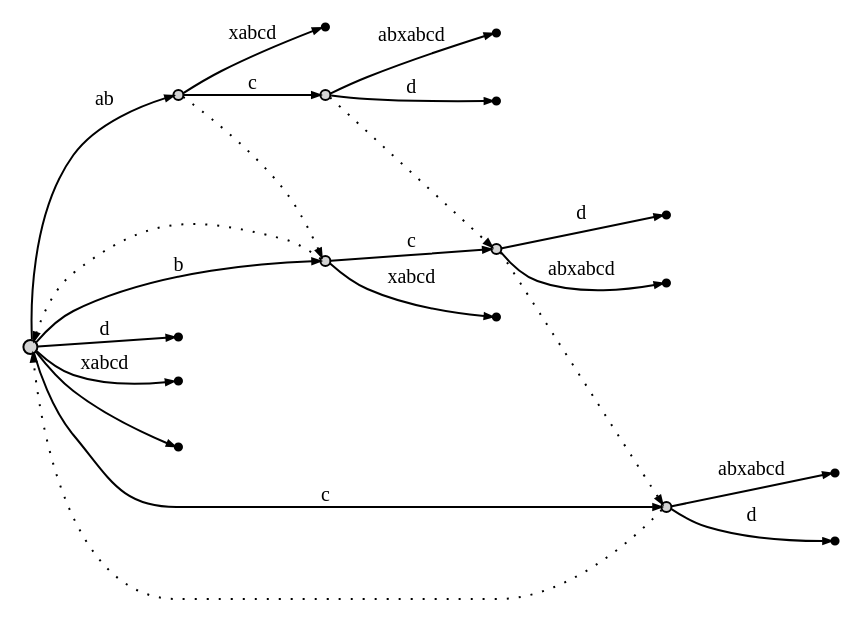
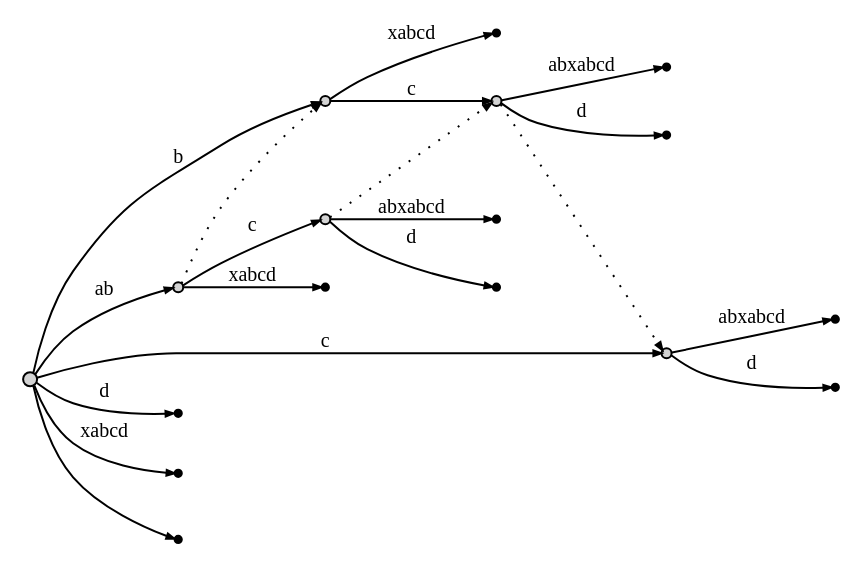
One commit to irachex/suffix_tree changed the diagram in graph.gv. Above: the diagram before and after it, drawn with Graphviz. The commit also changed 1 other file, not shown here.

Commit message:
fix graphviz format

```diff
--- a/graph.gv
+++ b/graph.gv
@@ -1,44 +1,42 @@
 digraph {
 	rankdir = LR;
-edge [arrowsize=0.4, fontsize=10]
-node1 [label="",style=filled,fillcolor=lightgrey,shape=circle,width=.1,height=.1];
-//----- nodes -----
+	edge [arrowsize=0.4, fontsize=10]
+	//----- nodes -----
+	node1 [label="",style=filled,fillcolor=lightgrey,shape=circle,width=.1,height=.1];
 	node2 [label="",style=filled,fillcolor=lightgrey,shape=circle,width=.07,height=.07]
 	node6 [label="",shape=point]
 	node5 [label="",style=filled,fillcolor=lightgrey,shape=circle,width=.07,height=.07]
 	node10 [label="",shape=point]
 	node11 [label="",shape=point]
 	node4 [label="",style=filled,fillcolor=lightgrey,shape=circle,width=.07,height=.07]
 	node14 [label="",shape=point]
 	node15 [label="",shape=point]
 	node3 [label="",style=filled,fillcolor=lightgrey,shape=circle,width=.07,height=.07]
 	node8 [label="",shape=point]
 	node7 [label="",style=filled,fillcolor=lightgrey,shape=circle,width=.07,height=.07]
 	node12 [label="",shape=point]
 	node13 [label="",shape=point]
 	node16 [label="",shape=point]
 	node9 [label="",shape=point]
 	node17 [label="",shape=point]
-//----- edges -----
+	//----- edges -----
 	node1 -> node2 [label="ab",weight=3]
 	node2 -> node3 [label="",weight=1,style=dotted]
 	node2 -> node6 [label="xabcd",weight=3]
 	node2 -> node5 [label="c",weight=3]
 	node5 -> node7 [label="",weight=1,style=dotted]
 	node5 -> node10 [label="abxabcd",weight=3]
 	node5 -> node11 [label="d",weight=3]
 	node1 -> node4 [label="c",weight=3]
-	node4 -> node1 [label="",weight=1,style=dotted]
 	node4 -> node14 [label="abxabcd",weight=3]
 	node4 -> node15 [label="d",weight=3]
 	node1 -> node3 [label="b",weight=3]
-	node3 -> node1 [label="",weight=1,style=dotted]
 	node3 -> node8 [label="xabcd",weight=3]
 	node3 -> node7 [label="c",weight=3]
 	node7 -> node4 [label="",weight=1,style=dotted]
 	node7 -> node12 [label="abxabcd",weight=3]
 	node7 -> node13 [label="d",weight=3]
 	node1 -> node16 [label="d",weight=3]
 	node1 -> node9 [label="xabcd",weight=3]
 	node1 -> node17 [label="",weight=3]
 }
```
